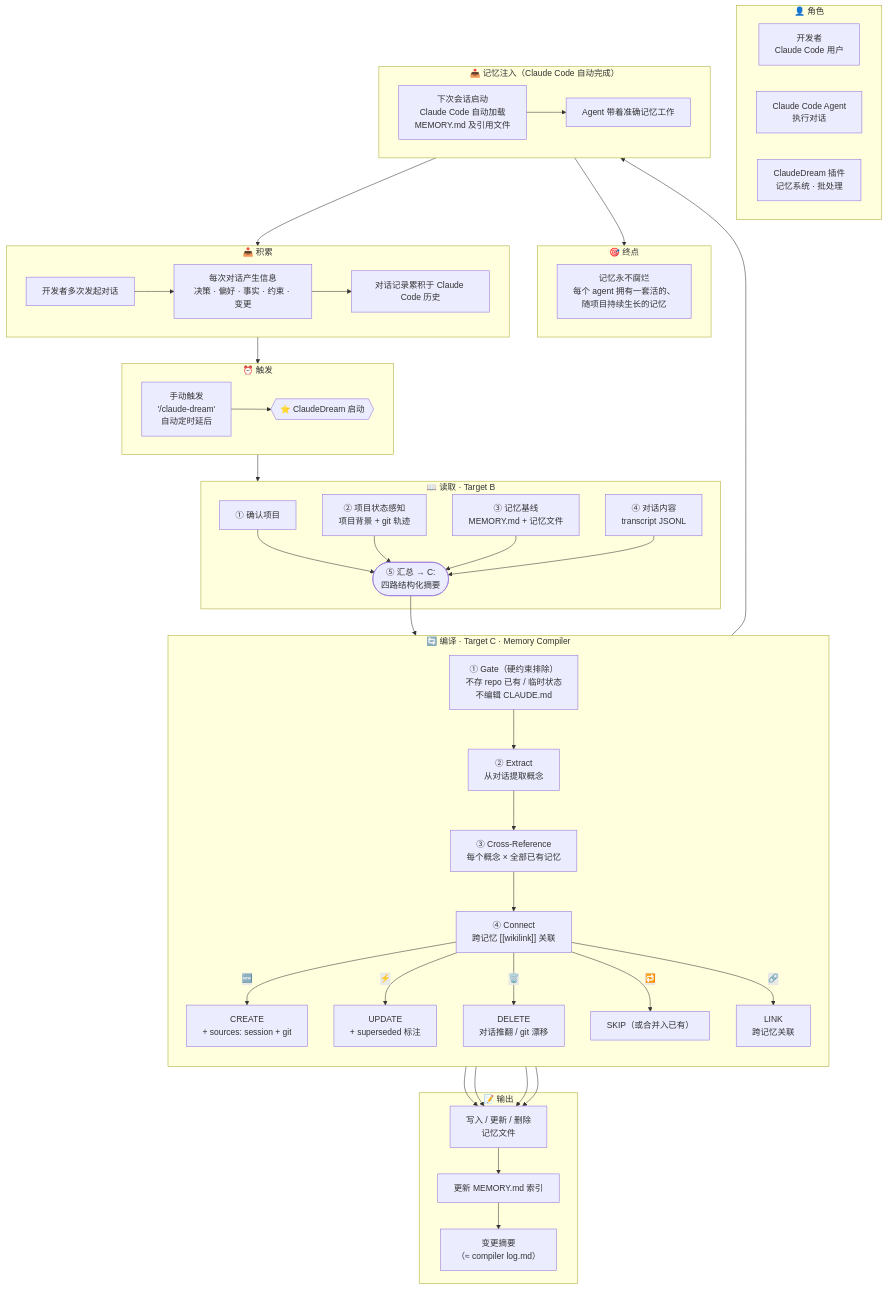
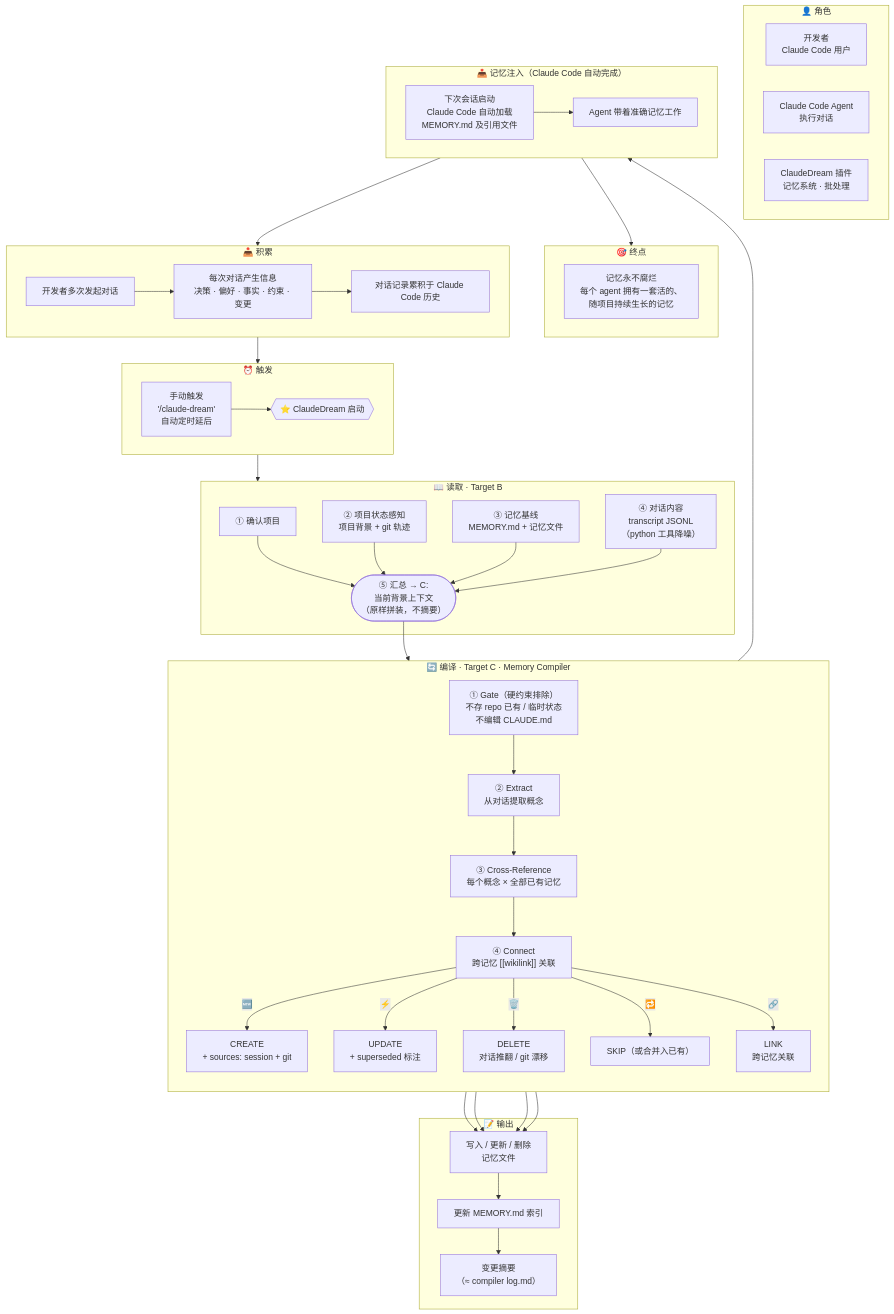
Before and after one commit to seapawn1/ClaudeDream: the diagram in ScrumSprint/Architecture.md, drawn with Mermaid. The commit also changed 5 other files, not shown here.

First line of the commit message:
docs: Sprint 2 Planning 落盘 + 项目地图同步

````diff
--- a/ScrumSprint/Architecture.md
+++ b/ScrumSprint/Architecture.md
@@ -7,65 +7,65 @@
 ```mermaid
 flowchart TB
     subgraph LEFT["👤 角色"]
         DEV["开发者\nClaude Code 用户"]
         AGENT["Claude Code Agent\n执行对话"]
         CD["ClaudeDream 插件\n记忆系统 · 批处理"]
     end
 
     subgraph RIGHT["🎯 终点"]
         GOAL["记忆永不腐烂\n每个 agent 拥有一套活的、\n随项目持续生长的记忆"]
     end
 
     subgraph ACCUM["📥 积累"]
         A1["开发者多次发起对话"] --> A2["每次对话产生信息\n决策 · 偏好 · 事实 · 约束 · 变更"]
         A2 --> A3["对话记录累积于 Claude Code 历史"]
     end
 
     subgraph TRIGGER["⏰ 触发"]
         T1["手动触发\n'/claude-dream'\n自动定时延后"]
         T2{{"⭐ ClaudeDream 启动"}}
         T1 --> T2
     end
 
     subgraph READ["📖 读取 · Target B"]
         R1["① 确认项目"]
         R2["② 项目状态感知\n项目背景 + git 轨迹"]
         R3["③ 记忆基线\nMEMORY.md + 记忆文件"]
-        R4["④ 对话内容\ntranscript JSONL"]
-        R1 & R2 & R3 & R4 --> R0(["⑤ 汇总 → C:\n四路结构化摘要"])
+        R4["④ 对话内容\ntranscript JSONL\n（python 工具降噪）"]
+        R1 & R2 & R3 & R4 --> R0(["⑤ 汇总 → C:\n当前背景上下文\n（原样拼装，不摘要）"])
     end
 
     subgraph COMPILE["🔄 编译 · Target C · Memory Compiler"]
         direction TB
         GATE["① Gate（硬约束排除）\n不存 repo 已有 / 临时状态\n不编辑 CLAUDE.md"]
         EXTRACT["② Extract\n从对话提取概念"]
         XREF["③ Cross-Reference\n每个概念 × 全部已有记忆"]
         CONN["④ Connect\n跨记忆 [[wikilink]] 关联"]
         R0 --> GATE --> EXTRACT --> XREF --> CONN
         CONN -->|"🆕"| C1["CREATE\n+ sources: session + git"]
         CONN -->|"⚡"| C2["UPDATE\n+ superseded 标注"]
         CONN -->|"🗑️"| C3["DELETE\n对话推翻 / git 漂移"]
         CONN -->|"🔁"| C4["SKIP（或合并入已有）"]
         CONN -->|"🔗"| C5["LINK\n跨记忆关联"]
     end
 
     subgraph OUTPUT["📝 输出"]
         O1["写入 / 更新 / 删除\n记忆文件"]
         O2["更新 MEMORY.md 索引"]
         O3["变更摘要\n（≈ compiler log.md）"]
         C1 --> O1 --> O2 --> O3
         C2 --> O1
         C3 --> O1
         C5 --> O1
     end
 
     subgraph INJECT["📤 记忆注入（Claude Code 自动完成）"]
         I1["下次会话启动\nClaude Code 自动加载\nMEMORY.md 及引用文件"] --> I2["Agent 带着准确记忆工作"]
     end
 
     ACCUM --> TRIGGER
     TRIGGER --> READ
     COMPILE --> INJECT
     INJECT --> ACCUM
     INJECT --> RIGHT
 ```
````
